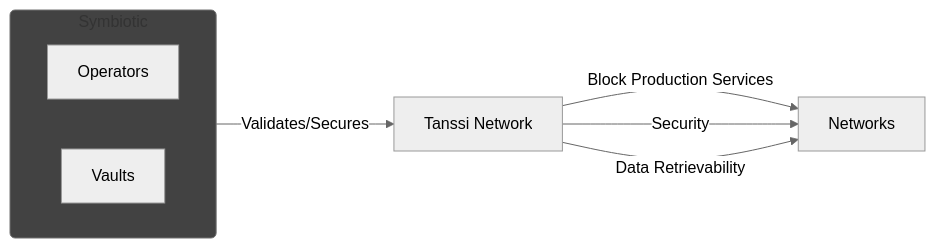
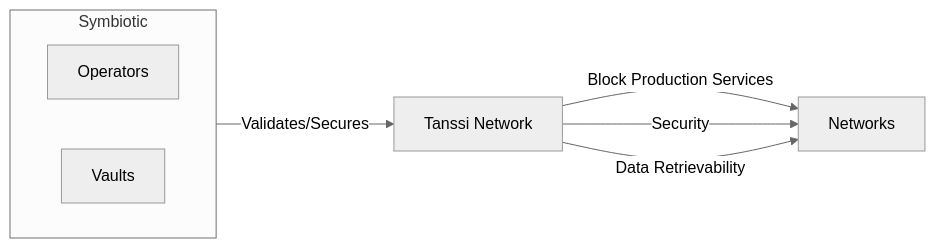
Before and after one commit to moondance-labs/tanssi-docs: the second of 4 diagrams in learn/tanssi/external-security-providers/symbiotic.md, drawn with Mermaid (neutral theme). The commit also changed other lines of this file, not shown here.

````diff
--- a/learn/tanssi/external-security-providers/symbiotic.md
+++ b/learn/tanssi/external-security-providers/symbiotic.md
@@ -110,15 +104,14 @@
 ```mermaid
 flowchart LR
     subgraph Symbiotic
         direction LR
         Operators
         Vaults
     end
     Symbiotic  -- Validates/Secures --> tanssi["Tanssi Network"]
     tanssi -- Block Production Services--> Networks
     tanssi -- Security--> Networks
     tanssi -- Data Retrievability--> Networks
 
-    classDef container fill:#424242, rx:5px, ry:5px;
-    class Symbiotic container
+    class Symbiotic custom-container
 ```
````
